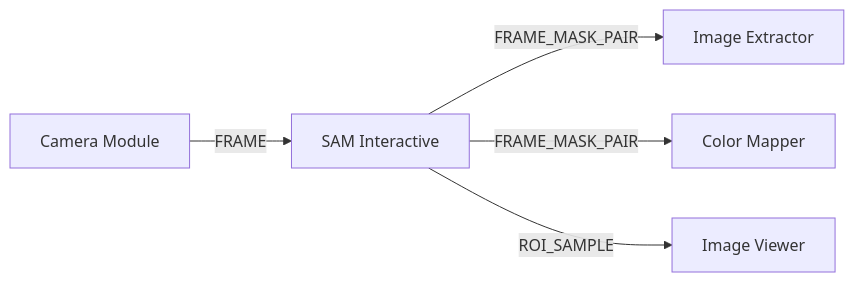
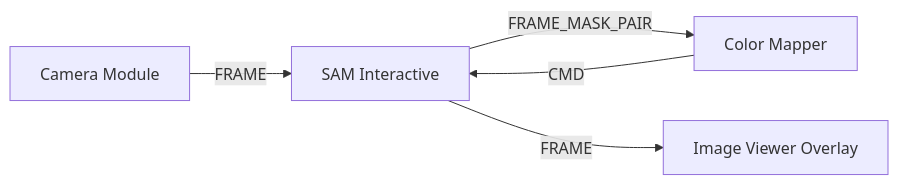
Before and after one commit to n3odym3/Pipeline_creator_TARA: the diagram in modules/computer_vision/sam_interactive/sam_interactive.md, drawn with Mermaid. The commit also changed other lines of this file and 1 other file, not shown here.

Commit message:
SAM refactoring

````diff
--- a/modules/computer_vision/sam_interactive/sam_interactive.md
+++ b/modules/computer_vision/sam_interactive/sam_interactive.md
@@ -35,7 +56,7 @@
 ```mermaid
 graph LR
     Camera[Camera Module] -->|FRAME| SAM[SAM Interactive]
-    SAM -->|FRAME_MASK_PAIR| Extractor[Image Extractor]
     SAM -->|FRAME_MASK_PAIR| ColorMapper[Color Mapper]
-    SAM -->|ROI_SAMPLE| Viewer[Image Viewer]
+    SAM -->|FRAME| Viewer[Image Viewer Overlay]
+    ColorMapper -->|CMD| SAM
 ```
````
